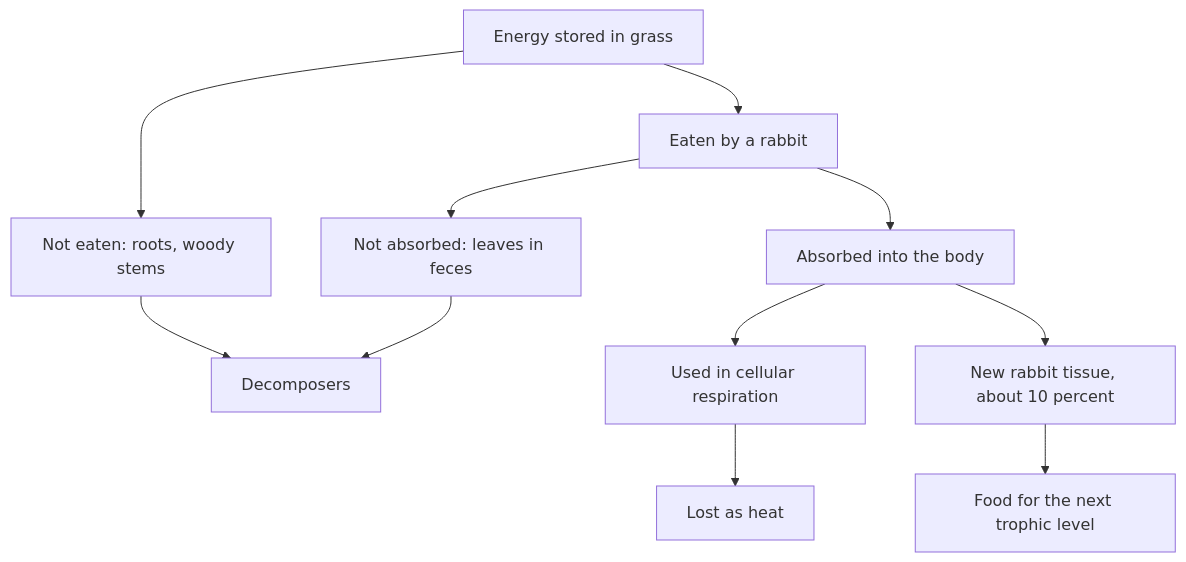
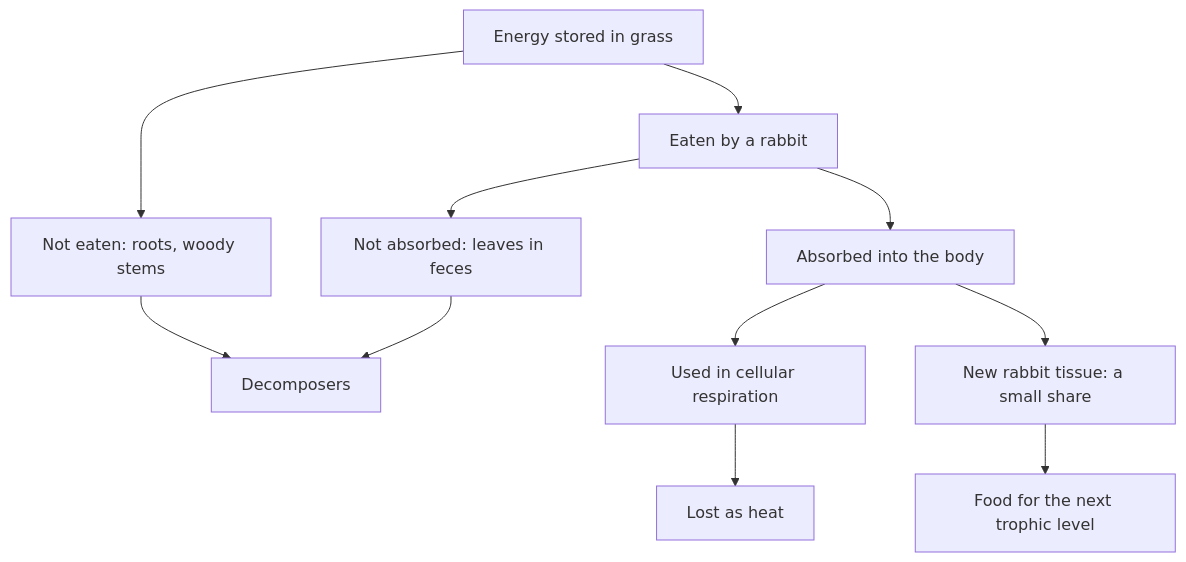
Before and after one commit to Aziliz/erudior: the diagram in content/math/biology/lessons/38-ecosystems.md, drawn with Mermaid. The commit also changed 34 other files, not shown here.

````diff
--- a/content/math/biology/lessons/38-ecosystems.md
+++ b/content/math/biology/lessons/38-ecosystems.md
@@ -61,15 +61,15 @@
 ```mermaid
 flowchart TD
   accTitle: Where the energy in eaten grass goes
-  accDescr: The energy stored in grass splits several ways. Parts that are not eaten, such as roots and woody stems, go to decomposers. Of the part a rabbit eats, material it cannot digest leaves as feces and also goes to decomposers. Of the energy the rabbit absorbs, most is used in cellular respiration and leaves the ecosystem as heat. Only about 10 percent builds new rabbit tissue, which is what the next trophic level can eat.
+  accDescr: The energy stored in grass splits several ways. Parts that are not eaten, such as roots and woody stems, go to decomposers. Of the part a rabbit eats, material it cannot digest leaves as feces and also goes to decomposers. Of the energy the rabbit absorbs, most is used in cellular respiration and leaves the ecosystem as heat. Only a small share builds new rabbit tissue, which is what the next trophic level can eat; overall, roughly 10 percent of the energy in one trophic level ends up in the next.
   G["Energy stored in grass"] --> N["Not eaten: roots, woody stems"]
   G --> E["Eaten by a rabbit"]
   E --> F["Not absorbed: leaves in feces"]
   E --> A["Absorbed into the body"]
   N --> D["Decomposers"]
   F --> D
   A --> R["Used in cellular respiration"]
   R --> H["Lost as heat"]
-  A --> T["New rabbit tissue, about 10 percent"]
+  A --> T["New rabbit tissue: a small share"]
   T --> X["Food for the next trophic level"]
 ```
````
